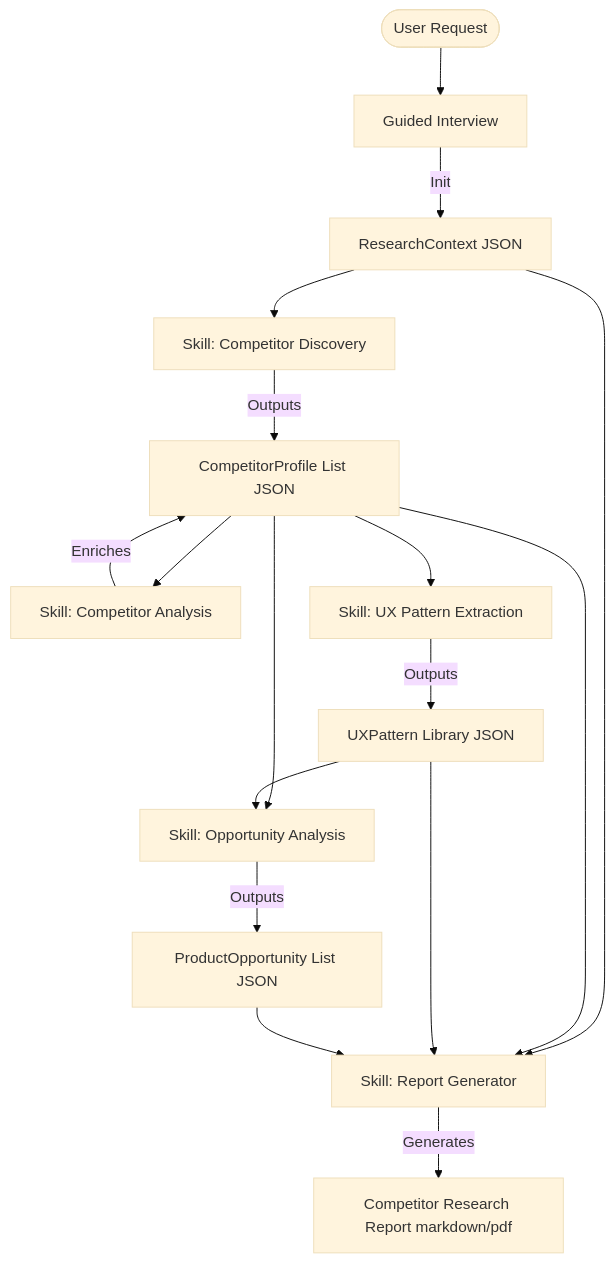
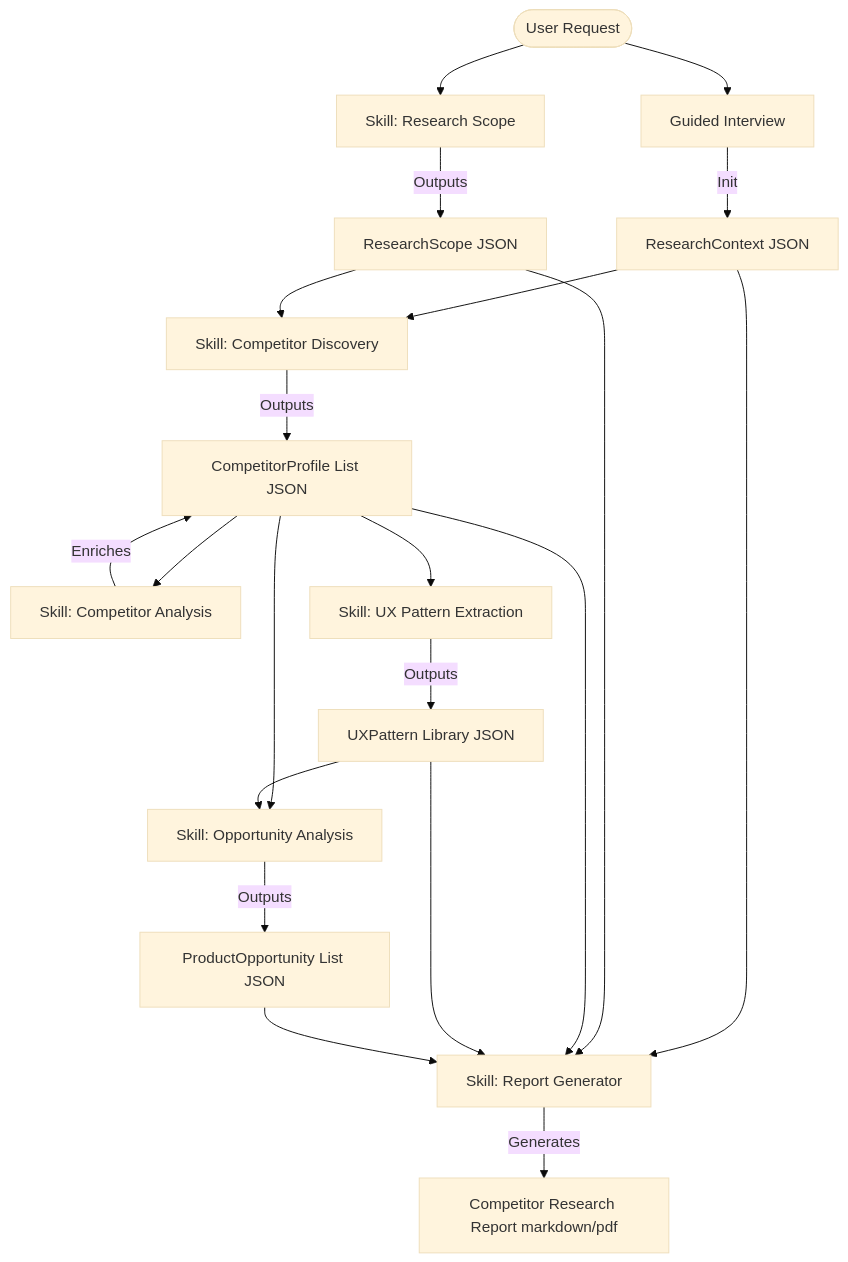
Before and after one commit to sujayadithya/Competitor-Analysis-Workflow: the diagram in docs/architecture.md, drawn with Mermaid (base theme). The commit also changed other lines of this file and 2 other files, not shown here.

Commit message:
Phase 5: Research Scope Skill

````diff
--- a/docs/architecture.md
+++ b/docs/architecture.md
@@ -11,15 +11,17 @@
 ```mermaid
 graph TD
     User([User Request]) --> Q[Guided Interview]
     Q --> |Init| RC[ResearchContext JSON]
-    RC --> SD[Skill: Competitor Discovery]
+    User --> RSSkill[Skill: Research Scope]
+    RSSkill --> |Outputs| RSData[ResearchScope JSON]
+    RC & RSData --> SD[Skill: Competitor Discovery]
     SD --> |Outputs| CPList[CompetitorProfile List JSON]
     CPList --> SA[Skill: Competitor Analysis]
     SA --> |Enriches| CPList
     CPList --> UX[Skill: UX Pattern Extraction]
     UX --> |Outputs| UXPL[UXPattern Library JSON]
     CPList & UXPL --> OA[Skill: Opportunity Analysis]
     OA --> |Outputs| POList[ProductOpportunity List JSON]
-    RC & CPList & UXPL & POList --> RG[Skill: Report Generator]
+    RC & RSData & CPList & UXPL & POList --> RG[Skill: Report Generator]
     RG --> |Generates| FinalReport[Competitor Research Report markdown/pdf]
 ```
````
